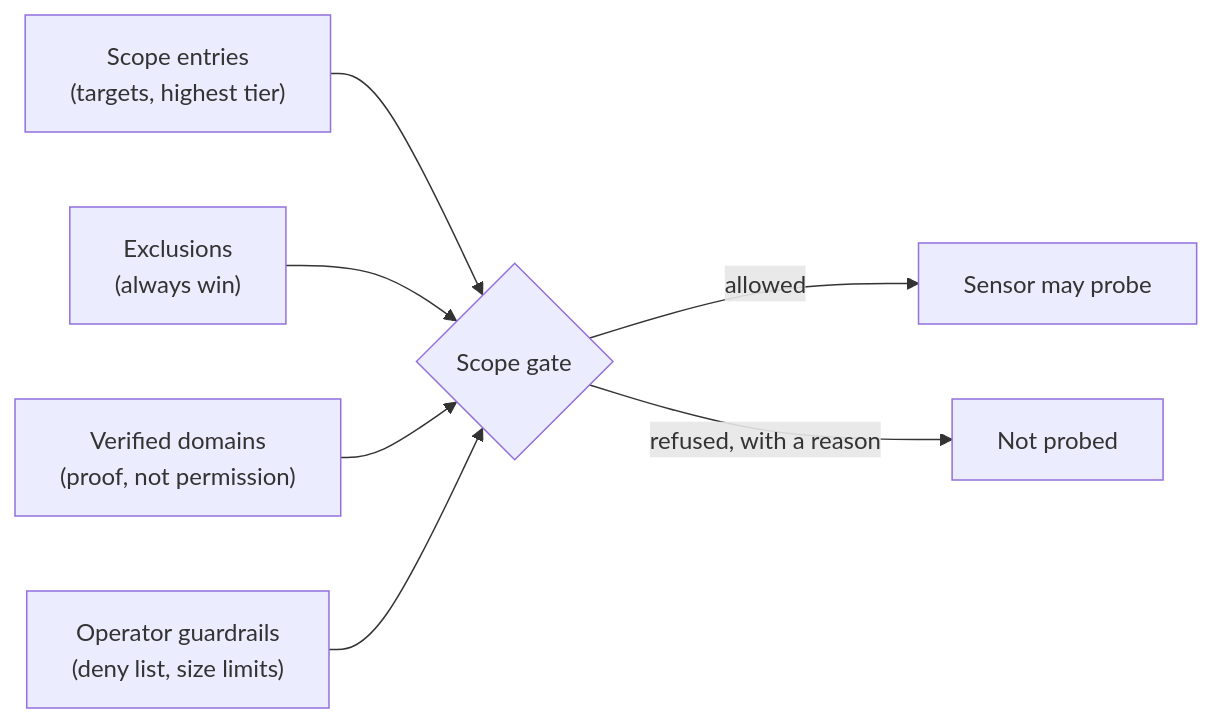
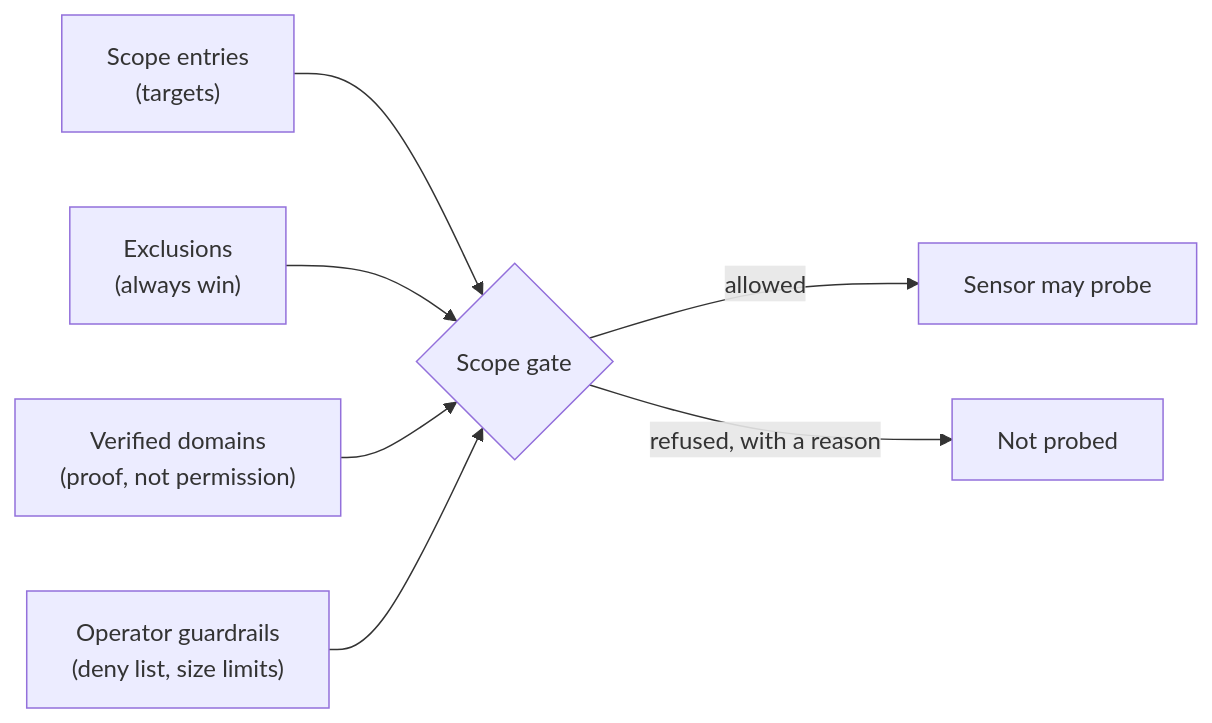
One commit to openctemio/docs changed the third of 6 diagrams in overview/concepts.md. Above: the diagram before and after it, drawn with Mermaid. The commit also changed other lines of this file and 84 other files, not shown here.

````diff
--- a/overview/concepts.md
+++ b/overview/concepts.md
@@ -88,9 +96,9 @@
 ```mermaid
 flowchart LR
-    E["Scope entries<br/>(targets, highest tier)"] --> G{"Scope gate"}
+    E["Scope entries<br/>(targets)"] --> G{"Scope gate"}
     X["Exclusions<br/>(always win)"] --> G
     VD["Verified domains<br/>(proof, not permission)"] --> G
     GR["Operator guardrails<br/>(deny list, size limits)"] --> G
     G -->|"allowed"| S["Sensor may probe"]
     G -->|"refused, with a reason"| N["Not probed"]
 ```
````
